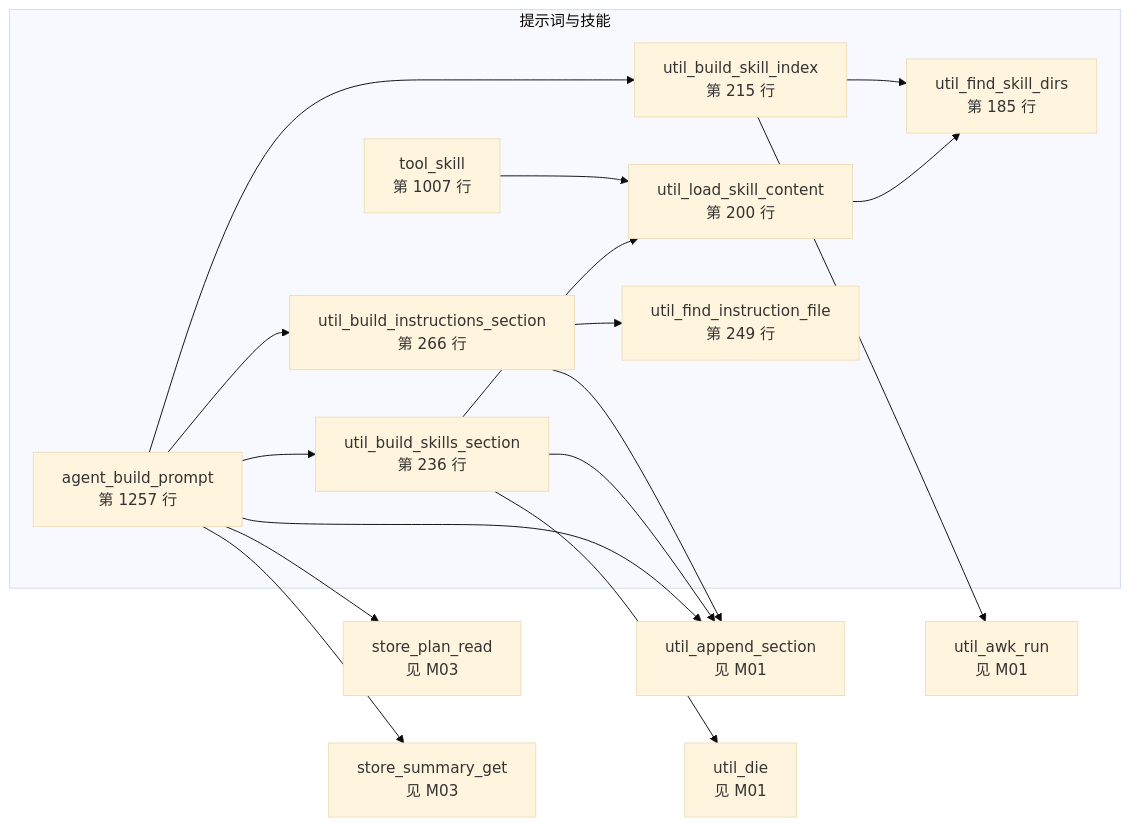
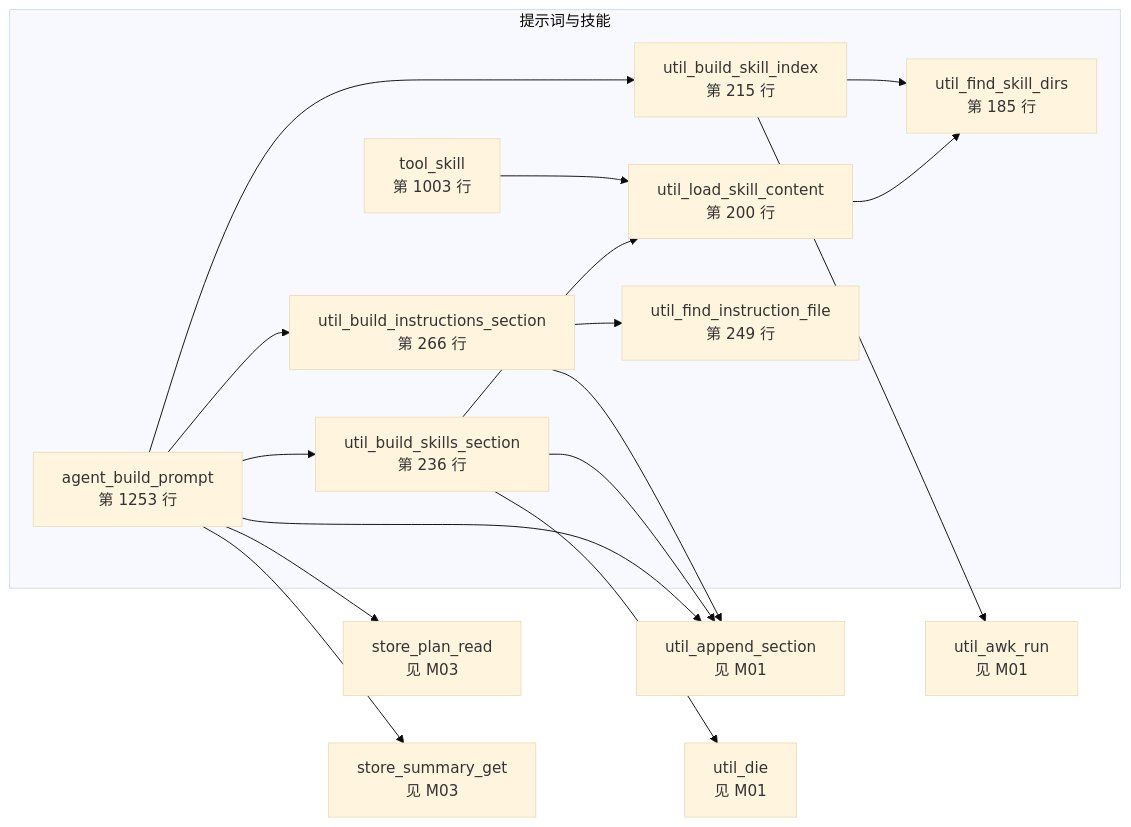
One commit to lloydzhou/bash-agent changed the sixth of 15 diagrams in docs/bash-data-flow.md. Above: the diagram before and after it, drawn with Mermaid (base theme). The commit also changed other lines of this file and 3 other files, not shown here.

````diff
--- a/docs/bash-data-flow.md
+++ b/docs/bash-data-flow.md
@@ -221,33 +221,33 @@
 ```mermaid
 flowchart LR
   subgraph mod_4["提示词与技能"]
-    f_agent_build_prompt["agent_build_prompt<br/>第 1257 行"]
+    f_agent_build_prompt["agent_build_prompt<br/>第 1253 行"]
     f_util_find_skill_dirs["util_find_skill_dirs<br/>第 185 行"]
     f_util_load_skill_content["util_load_skill_content<br/>第 200 行"]
     f_util_build_skill_index["util_build_skill_index<br/>第 215 行"]
     f_util_build_skills_section["util_build_skills_section<br/>第 236 行"]
     f_util_find_instruction_file["util_find_instruction_file<br/>第 249 行"]
     f_util_build_instructions_section["util_build_instructions_section<br/>第 266 行"]
-    f_tool_skill["tool_skill<br/>第 1007 行"]
+    f_tool_skill["tool_skill<br/>第 1003 行"]
   end
   f_store_plan_read["store_plan_read<br/>见 M03"]
   f_store_summary_get["store_summary_get<br/>见 M03"]
   f_util_append_section["util_append_section<br/>见 M01"]
   f_util_awk_run["util_awk_run<br/>见 M01"]
   f_util_die["util_die<br/>见 M01"]
   f_agent_build_prompt --> f_util_build_instructions_section
   f_agent_build_prompt --> f_util_build_skill_index
   f_agent_build_prompt --> f_util_build_skills_section
   f_agent_build_prompt --> f_store_plan_read
   f_agent_build_prompt --> f_store_summary_get
   f_agent_build_prompt --> f_util_append_section
   f_util_load_skill_content --> f_util_find_skill_dirs
   f_util_build_skill_index --> f_util_find_skill_dirs
   f_util_build_skill_index --> f_util_awk_run
   f_util_build_skills_section --> f_util_load_skill_content
   f_util_build_skills_section --> f_util_die
   f_util_build_skills_section --> f_util_append_section
   f_util_build_instructions_section --> f_util_find_instruction_file
   f_util_build_instructions_section --> f_util_append_section
   f_tool_skill --> f_util_load_skill_content
 ```
````
